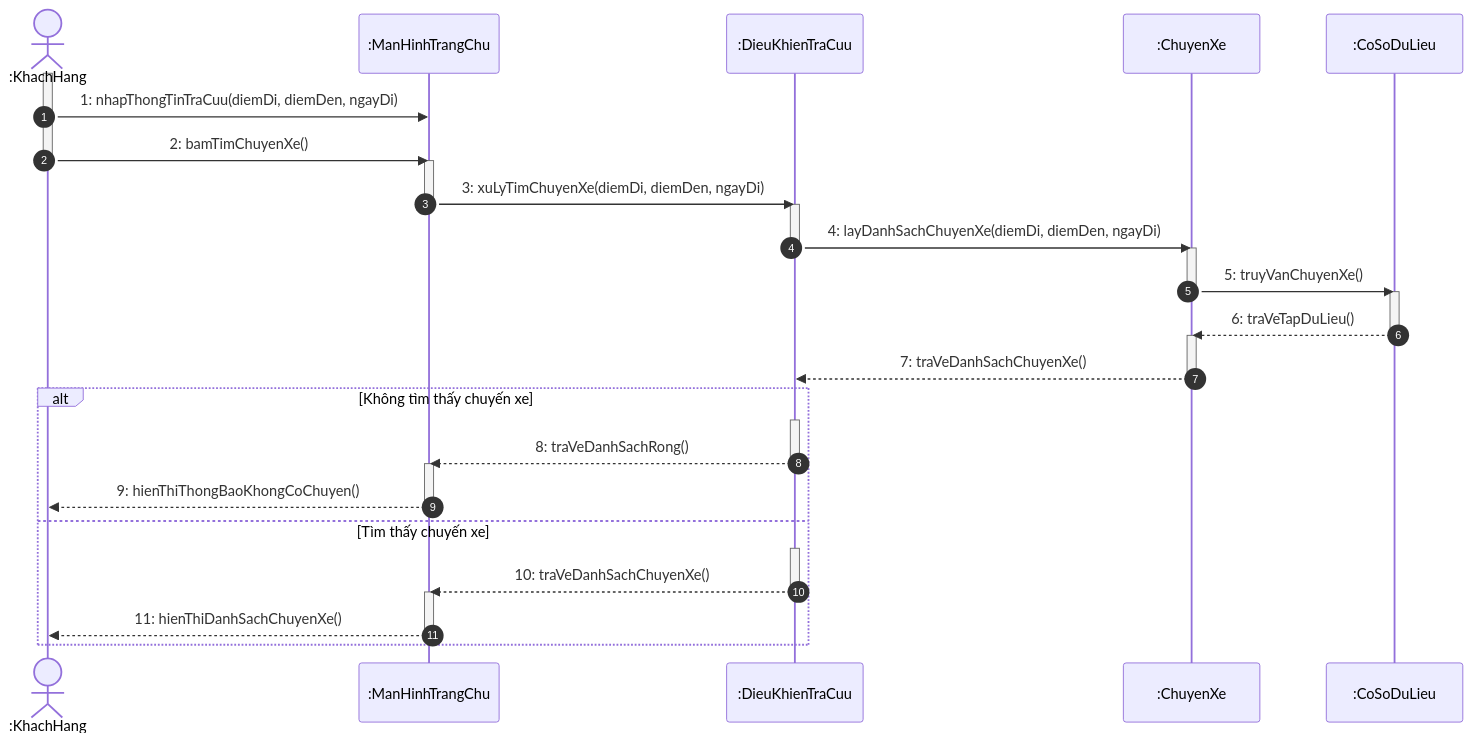
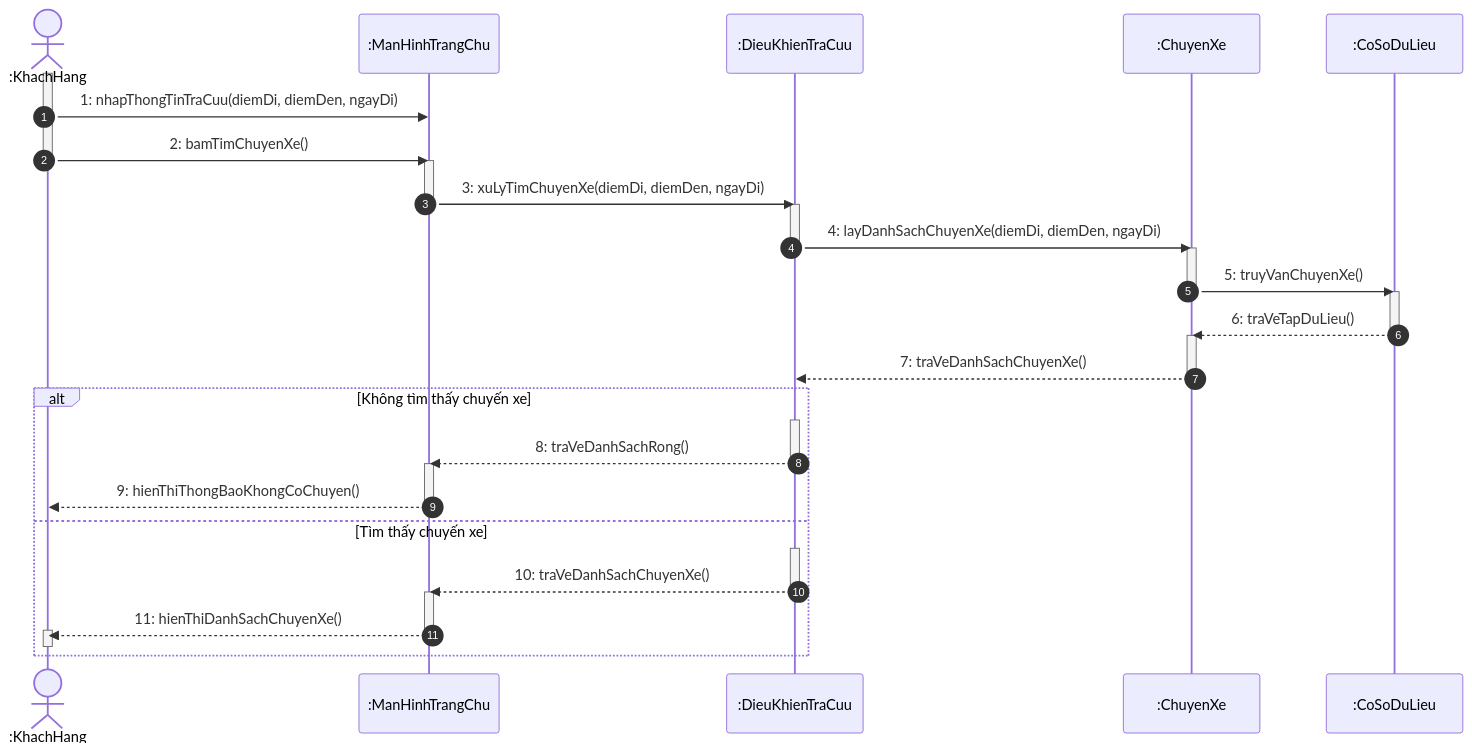
Before and after one commit to Longcodepro/Project_OOAD_HK1_2026-2027: the seventh of 20 diagrams in docs/sequence/Sequence_diagram.md, drawn with Mermaid. The commit also changed other lines of this file, not shown here.

Commit message:
Add 2.18 (UC18) in sequence diagram

````diff
--- a/docs/sequence/Sequence_diagram.md
+++ b/docs/sequence/Sequence_diagram.md
@@ -572,48 +561,48 @@
 ```mermaid
 sequenceDiagram
     autonumber
     actor KH as :KhachHang
     participant MH as :ManHinhTrangChu
     participant DK as :DieuKhienTraCuu
     participant CX as :ChuyenXe
     participant DB as :CoSoDuLieu
 
     activate KH
     KH ->> MH: 1: nhapThongTinTraCuu(diemDi, diemDen, ngayDi)
-    deactivate KH
-    activate KH
     KH ->> MH: 2: bamTimChuyenXe()
     deactivate KH
     
     activate MH
     MH ->> DK: 3: xuLyTimChuyenXe(diemDi, diemDen, ngayDi)
     deactivate MH
     activate DK
     DK ->> CX: 4: layDanhSachChuyenXe(diemDi, diemDen, ngayDi)
     deactivate DK
     activate CX
     CX ->> DB: 5: truyVanChuyenXe()
     deactivate CX
     activate DB
     DB -->> CX: 6: traVeTapDuLieu()
     deactivate DB
     activate CX
     CX -->> DK: 7: traVeDanhSachChuyenXe()
     deactivate CX
     
     alt Không tìm thấy chuyến xe
         activate DK
         DK -->> MH: 8: traVeDanhSachRong()
         deactivate DK
         activate MH
         MH -->> KH: 9: hienThiThongBaoKhongCoChuyen()
         deactivate MH
     else Tìm thấy chuyến xe
         activate DK
         DK -->> MH: 10: traVeDanhSachChuyenXe()
         deactivate DK
         activate MH
         MH -->> KH: 11: hienThiDanhSachChuyenXe()
         deactivate MH
+        activate KH
+        deactivate KH
     end
 ```
````
